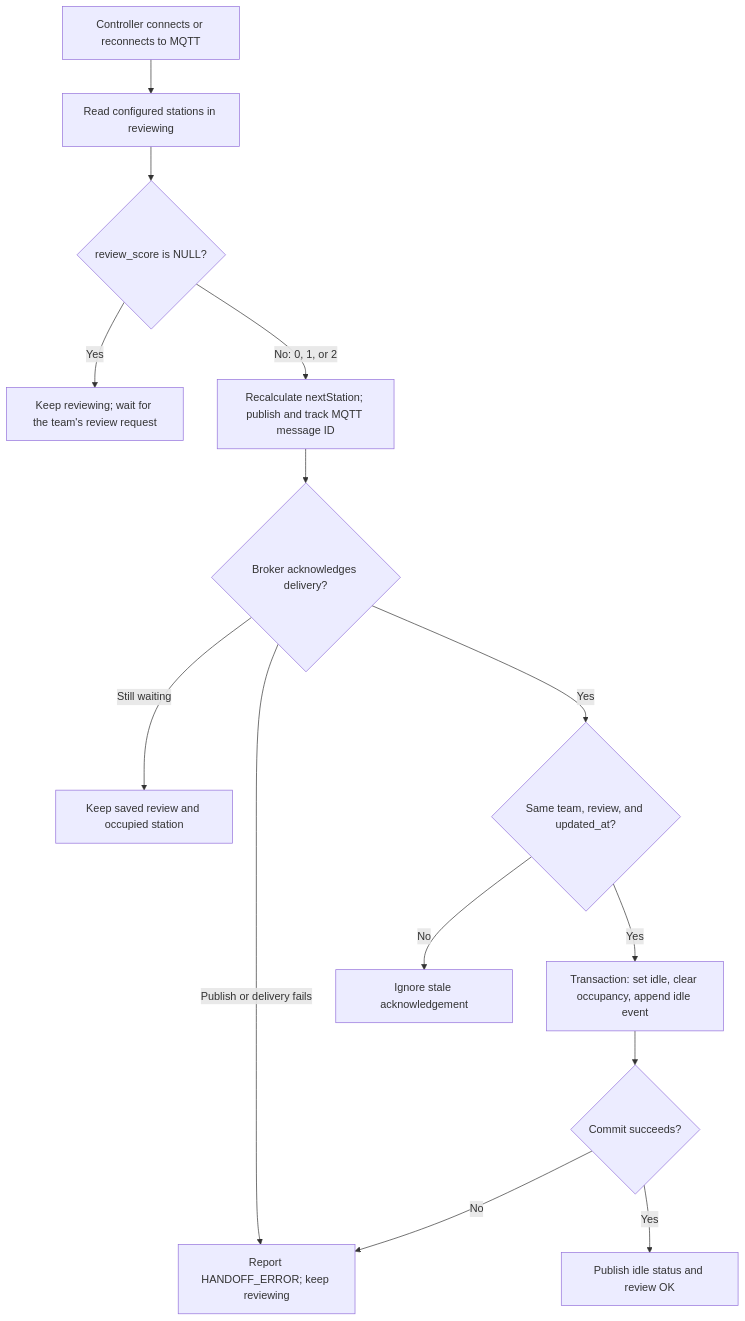
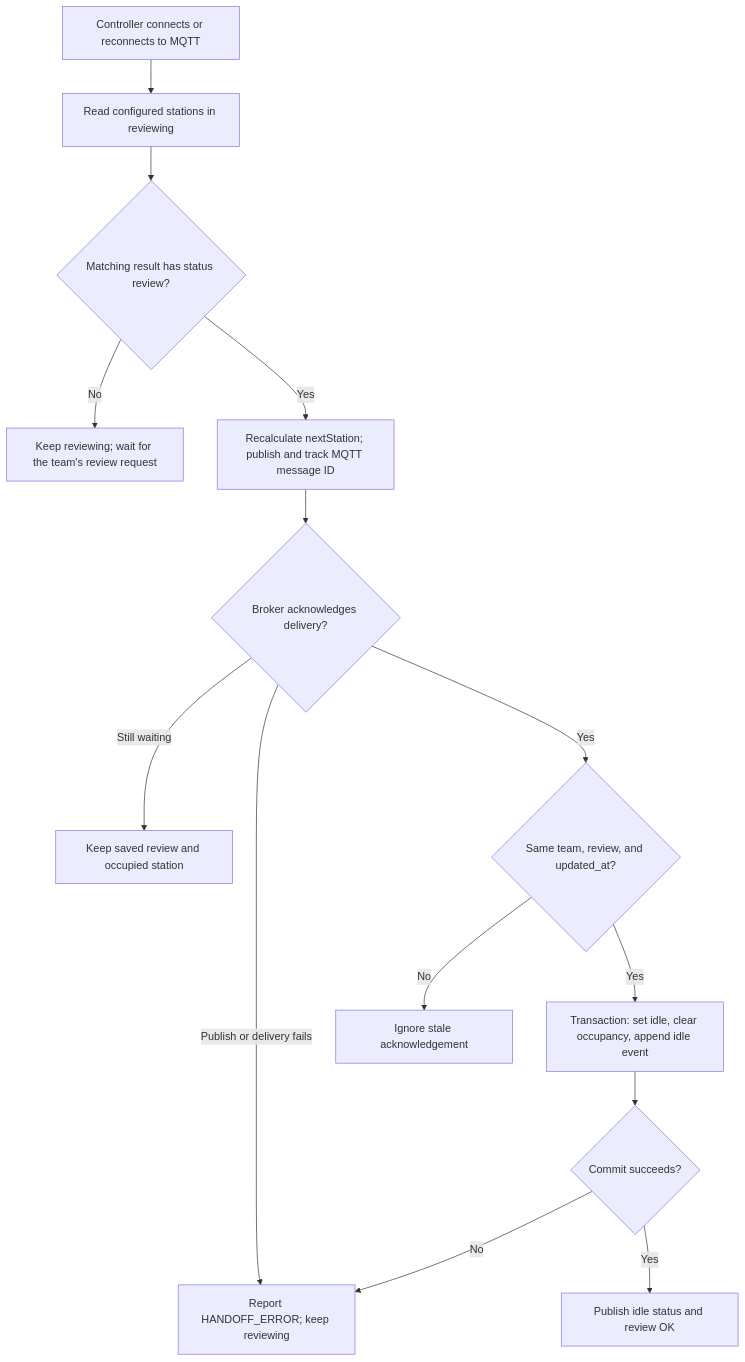
The sixth of 6 diagrams in docs/backend.md (GnomUltras/backend), drawn with Mermaid before and after one commit. The commit also changed other lines of this file and 7 other files, not shown here.

````diff
--- a/docs/backend.md
+++ b/docs/backend.md
@@ -369,16 +377,16 @@
 ```mermaid
 flowchart TD
     C[Controller connects or reconnects to MQTT] --> R[Read configured stations in reviewing]
-    R --> Q{review_score is NULL?}
-    Q -->|Yes| W[Keep reviewing; wait for the team's review request]
-    Q -->|No: 0, 1, or 2| N[Recalculate nextStation; publish and track MQTT message ID]
+    R --> Q{Matching result has status review?}
+    Q -->|No| W[Keep reviewing; wait for the team's review request]
+    Q -->|Yes| N[Recalculate nextStation; publish and track MQTT message ID]
     N --> A{Broker acknowledges delivery?}
     A -->|Still waiting| P[Keep saved review and occupied station]
     A -->|Publish or delivery fails| E[Report HANDOFF_ERROR; keep reviewing]
     A -->|Yes| T{Same team, review, and updated_at?}
     T -->|No| X[Ignore stale acknowledgement]
     T -->|Yes| I[Transaction: set idle, clear occupancy, append idle event]
     I --> K{Commit succeeds?}
     K -->|No| E
     K -->|Yes| O[Publish idle status and review OK]
 ```
````
